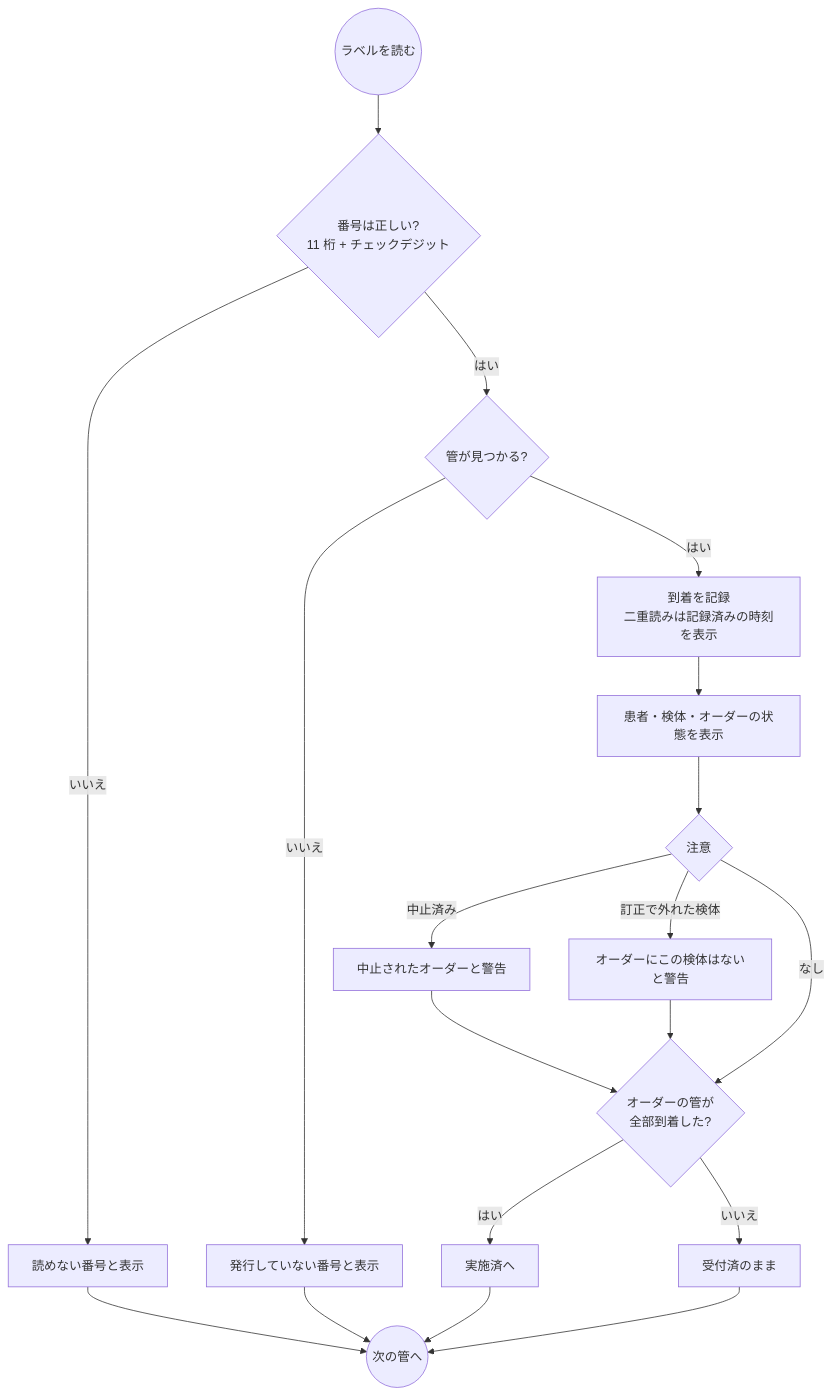
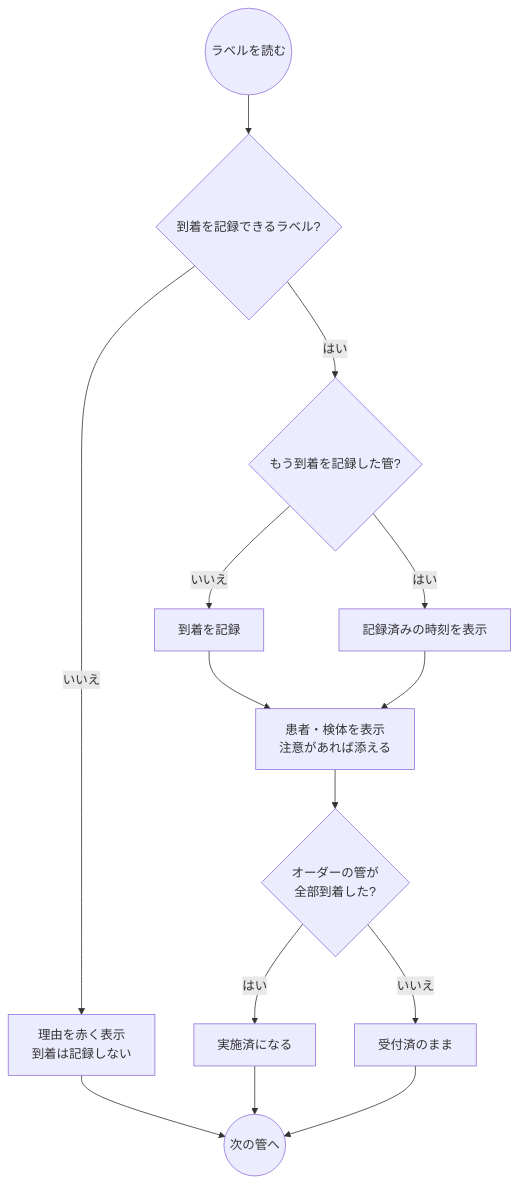
The third of 6 diagrams in docs/flows/lab.md (ysnr-dev/fhir-client-docs), drawn with Mermaid before and after one commit. The commit also changed other lines of this file and 43 other files, not shown here.

Commit message:
docs: 業務フローとシーケンス図を写し直し

````diff
--- a/docs/flows/lab.md
+++ b/docs/flows/lab.md
@@ -119,28 +130,23 @@
 ```mermaid
 flowchart TD
   scan(("ラベルを読む"))
-  number{"番号は正しい?<br/>11 桁 + チェックデジット"}
-  badNumber["読めない番号と表示"]
-  found{"管が見つかる?"}
-  unknown["発行していない番号と表示"]
-  record["到着を記録<br/>二重読みは記録済みの時刻を表示"]
-  context["患者・検体・オーダーの状態を表示"]
-  warn{"注意"}
-  warnCancelled["中止されたオーダーと警告"]
-  warnRemoved["オーダーにこの検体はないと警告"]
+  valid{"到着を記録できるラベル?"}
+  error["理由を赤く表示<br/>到着は記録しない"]
+  already{"もう到着を記録した管?"}
+  record["到着を記録"]
+  shown["記録済みの時刻を表示"]
+  context["患者・検体を表示<br/>注意があれば添える"]
   all{"オーダーの管が<br/>全部到着した?"}
-  completed["実施済へ"]
+  completed["実施済になる"]
   keep["受付済のまま"]
   next(("次の管へ"))
 
-  scan --> number
-  number -- "いいえ" --> badNumber --> next
-  number -- "はい" --> found
-  found -- "いいえ" --> unknown --> next
-  found -- "はい" --> record --> context --> warn
-  warn -- "中止済み" --> warnCancelled --> all
-  warn -- "訂正で外れた検体" --> warnRemoved --> all
-  warn -- "なし" --> all
+  scan --> valid
+  valid -- "いいえ" --> error --> next
+  valid -- "はい" --> already
+  already -- "いいえ" --> record --> context
+  already -- "はい" --> shown --> context
+  context --> all
   all -- "はい" --> completed --> next
   all -- "いいえ" --> keep --> next
 ```
````
